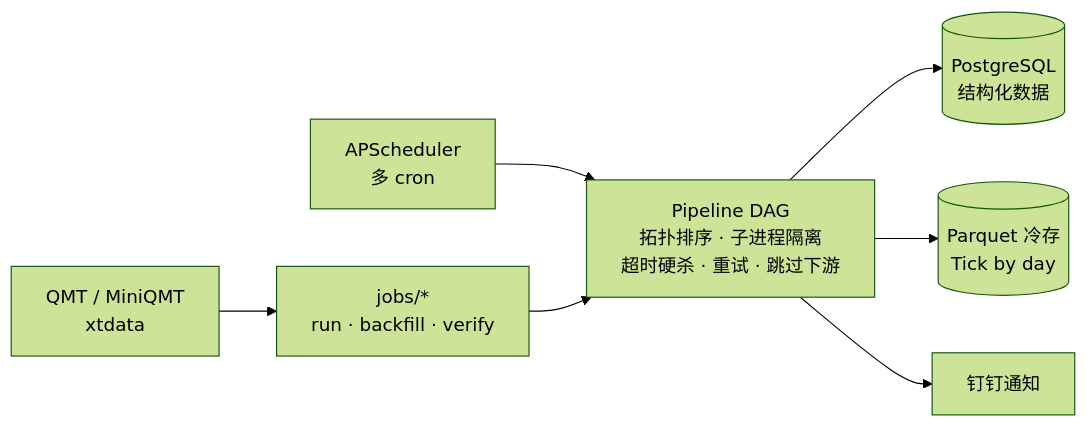
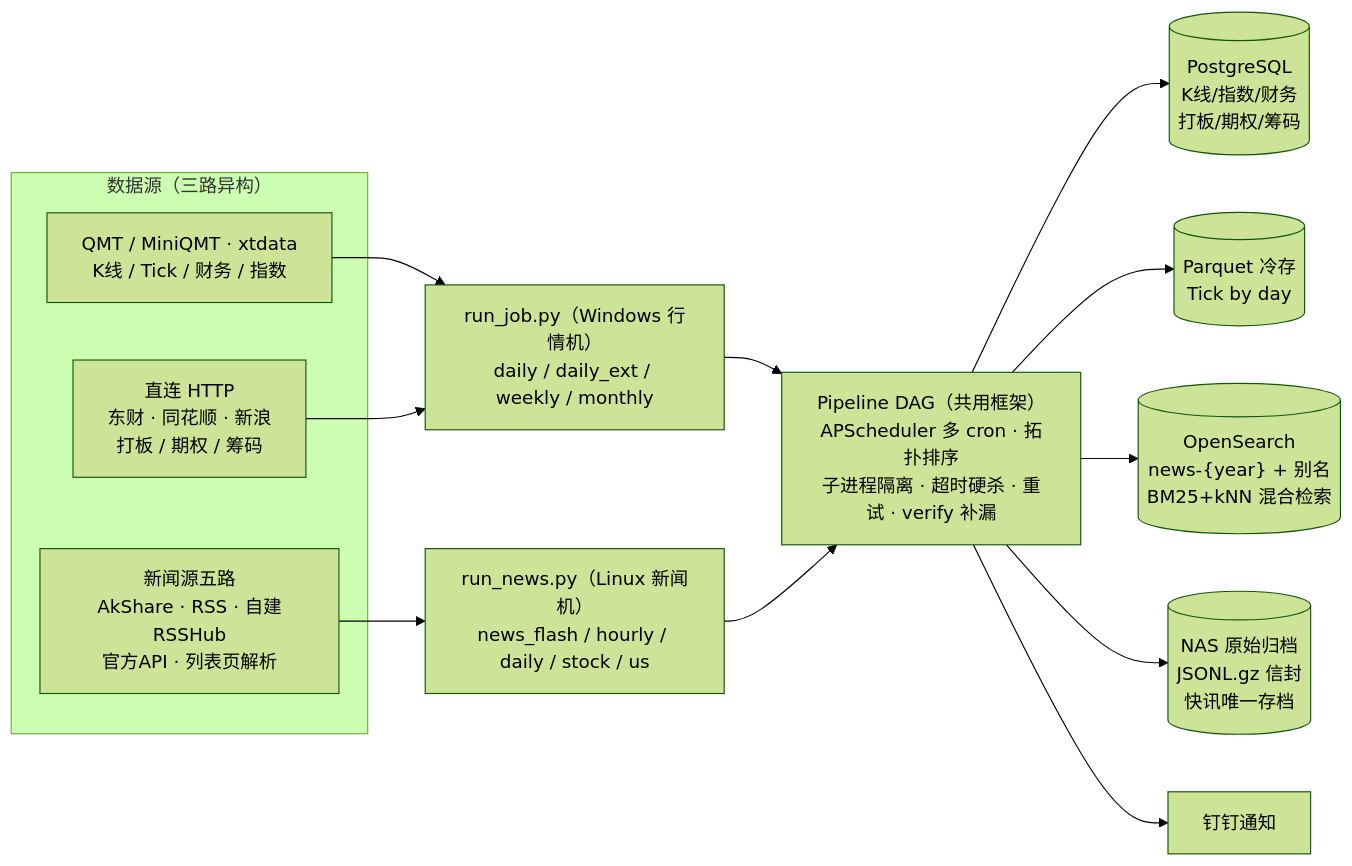
One commit to 120An/ashares_data_collect changed the diagram in README.md. Above: the diagram before and after it, drawn with Mermaid (forest theme). The commit also changed other lines of this file, not shown here.

````diff
--- a/README.md
+++ b/README.md
@@ -49,9 +49,18 @@
 ```mermaid
 flowchart LR
-    QMT["QMT / MiniQMT<br/>xtdata"] --> Jobs["jobs/*<br/>run · backfill · verify"]
-    Sched["APScheduler<br/>多 cron"] --> Pipe
-    Jobs --> Pipe["Pipeline DAG<br/>拓扑排序 · 子进程隔离<br/>超时硬杀 · 重试 · 跳过下游"]
-    Pipe --> PG[("PostgreSQL<br/>结构化数据")]
+    subgraph SRC["数据源（三路异构）"]
+      QMT["QMT / MiniQMT · xtdata<br/>K线 / Tick / 财务 / 指数"]
+      HTTP["直连 HTTP<br/>东财 · 同花顺 · 新浪<br/>打板 / 期权 / 筹码"]
+      NEWS["新闻源五路<br/>AkShare · RSS · 自建RSSHub<br/>官方API · 列表页解析"]
+    end
+    QMT --> RJ["run_job.py（Windows 行情机）<br/>daily / daily_ext / weekly / monthly"]
+    HTTP --> RJ
+    NEWS --> RN["run_news.py（Linux 新闻机）<br/>news_flash / hourly / daily / stock / us"]
+    RJ --> Pipe["Pipeline DAG（共用框架）<br/>APScheduler 多 cron · 拓扑排序<br/>子进程隔离 · 超时硬杀 · 重试 · verify 补漏"]
+    RN --> Pipe
+    Pipe --> PG[("PostgreSQL<br/>K线/指数/财务<br/>打板/期权/筹码")]
     Pipe --> PQ[("Parquet 冷存<br/>Tick by day")]
+    Pipe --> OS[("OpenSearch<br/>news-{year} + 别名<br/>BM25+kNN 混合检索")]
+    Pipe --> NAS[("NAS 原始归档<br/>JSONL.gz 信封<br/>快讯唯一存档")]
     Pipe --> DD["钉钉通知"]
 ```
````
